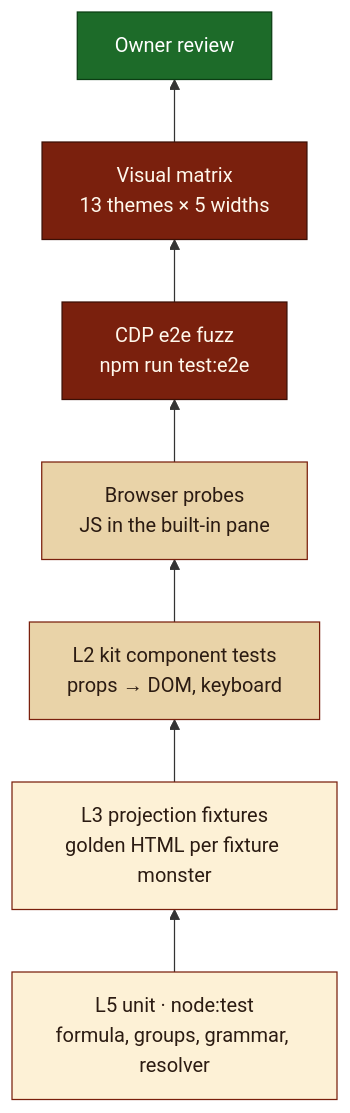
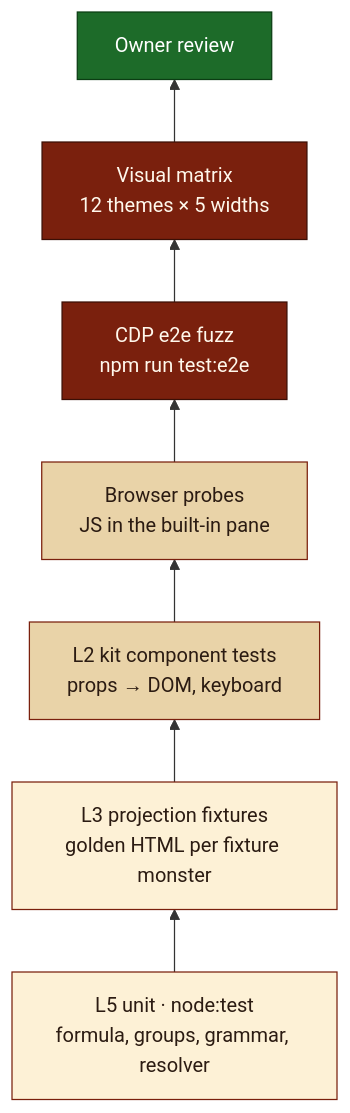
One commit to ivangarciafilho/DNDSheet changed diagram 26 of 31 in docs/roadmap/DNDSheet-Professional-Product-and-Architecture-Spec.md. Above: the diagram before and after it, drawn with Mermaid. The commit also changed other lines of this file and 12 other files, not shown here.

````diff
--- a/docs/roadmap/DNDSheet-Professional-Product-and-Architecture-Spec.md
+++ b/docs/roadmap/DNDSheet-Professional-Product-and-Architecture-Spec.md
@@ -2189,15 +2189,15 @@
 ```mermaid
 flowchart BT
   U["L5 unit · node:test<br/>formula, groups, grammar, resolver"]:::l
   P["L3 projection fixtures<br/>golden HTML per fixture monster"]:::l
   C["L2 kit component tests<br/>props → DOM, keyboard"]:::m
   B["Browser probes<br/>JS in the built-in pane"]:::m
   E["CDP e2e fuzz<br/>npm run test:e2e"]:::h
-  V["Visual matrix<br/>13 themes × 5 widths"]:::h
+  V["Visual matrix<br/>12 themes × 5 widths"]:::h
   O["Owner review"]:::o
   U --> P --> C --> B --> E --> V --> O
   classDef l fill:#fdf1d6,stroke:#7a200d,color:#2b1b12
   classDef m fill:#e9d3a8,stroke:#7a200d,color:#2b1b12
   classDef h fill:#7a200d,stroke:#3b0f06,color:#fff8ec
   classDef o fill:#1d6b29,stroke:#0b3d13,color:#fff
 ```
````
